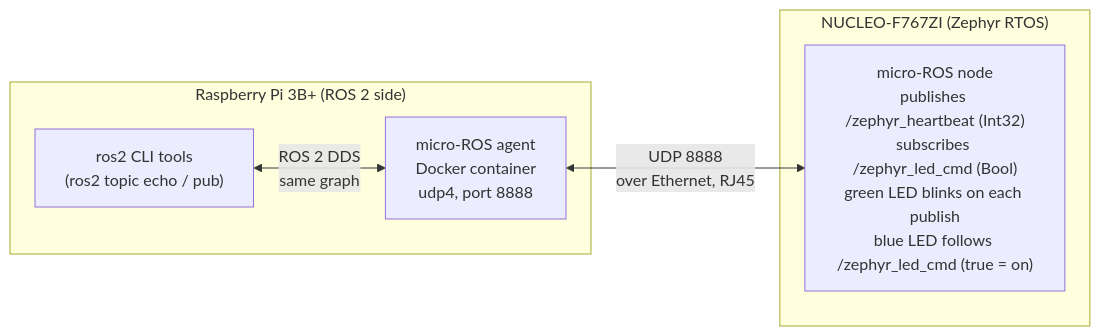
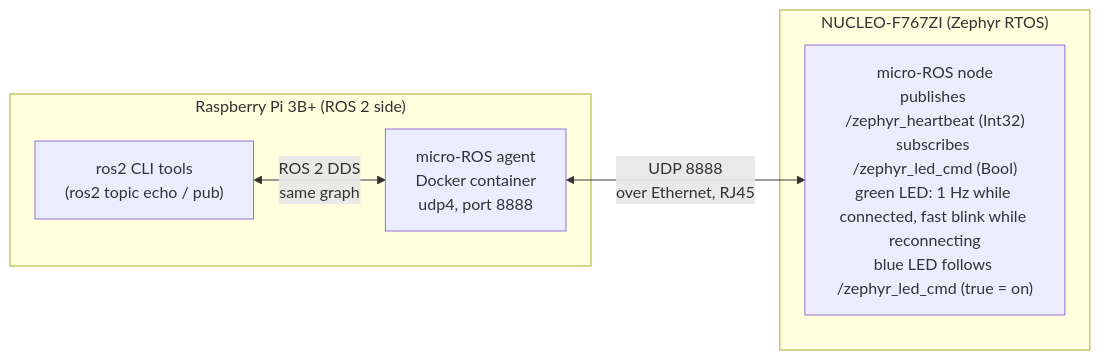
Before and after one commit to mitselec/microros_nucleo_pi: the diagram in README.md, drawn with Mermaid. The commit also changed other lines of this file and 5 other files, not shown here.

````diff
--- a/README.md
+++ b/README.md
@@ -9,14 +9,14 @@
 ```mermaid
 flowchart LR
     subgraph PI["Raspberry Pi 3B+ (ROS 2 side)"]
         CLI["ros2 CLI tools<br/>(ros2 topic echo / pub)"]
         AGENT["micro-ROS agent<br/>Docker container<br/>udp4, port 8888"]
         CLI <-->|ROS 2 DDS<br/>same graph| AGENT
     end
 
     subgraph NUC["NUCLEO-F767ZI (Zephyr RTOS)"]
-        NODE["micro-ROS node<br/>publishes /zephyr_heartbeat (Int32)<br/>subscribes /zephyr_led_cmd (Bool)<br/>green LED blinks on each publish<br/>blue LED follows /zephyr_led_cmd (true = on)"]
+        NODE["micro-ROS node<br/>publishes /zephyr_heartbeat (Int32)<br/>subscribes /zephyr_led_cmd (Bool)<br/>green LED: 1 Hz while connected, fast blink while reconnecting<br/>blue LED follows /zephyr_led_cmd (true = on)"]
     end
 
     AGENT <-->|UDP 8888<br/>over Ethernet, RJ45| NODE
 ```
````
